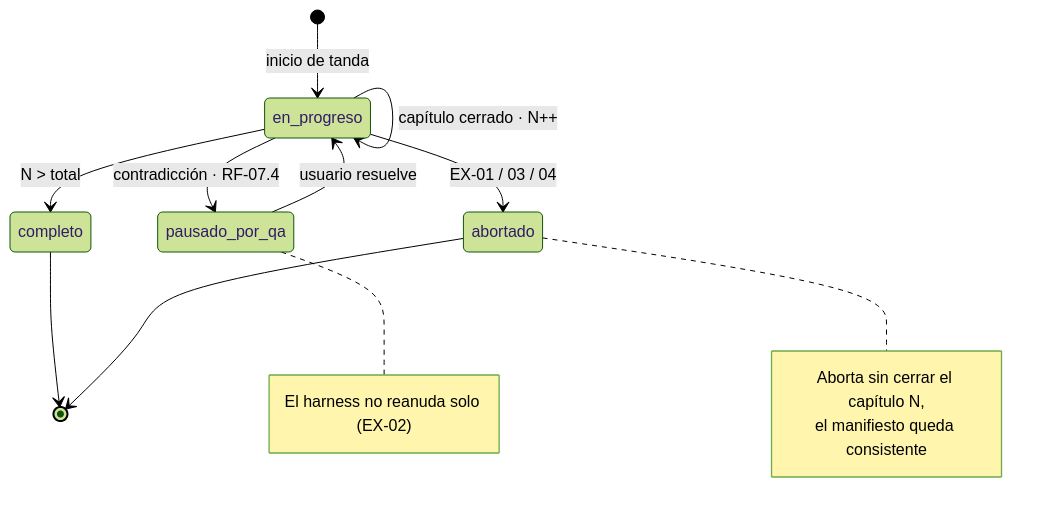
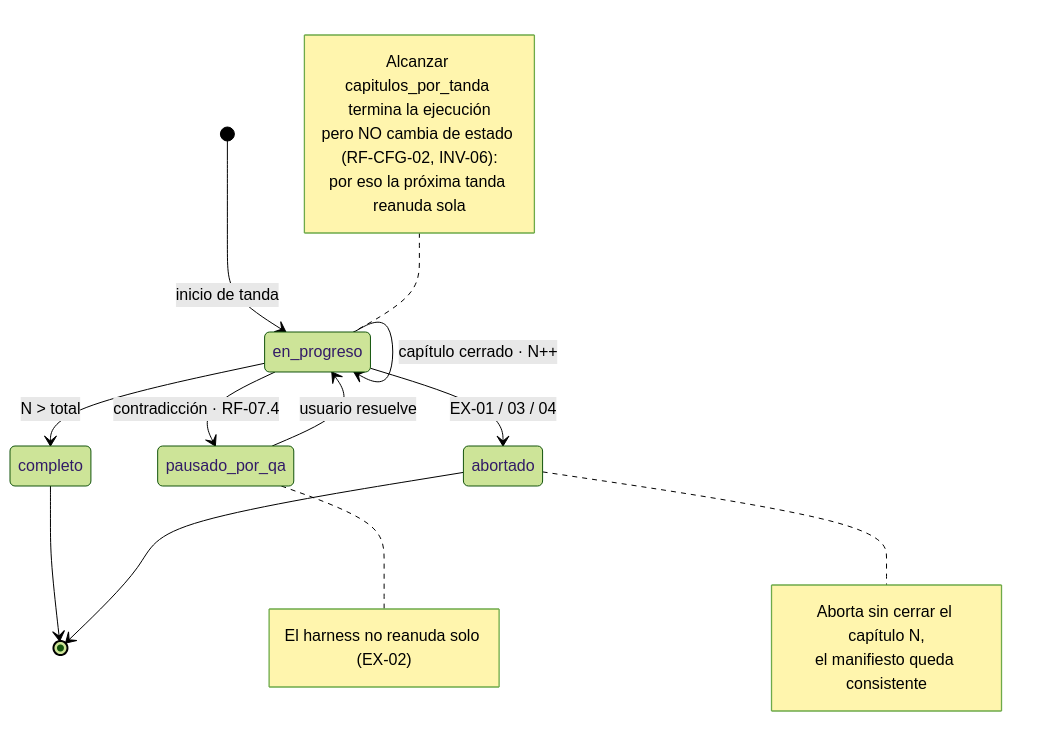
One commit to HaroldSebastianqaracter/novelas-de-horror-espacial changed the fifth of 5 diagrams in diagrama-flujo.md. Above: the diagram before and after it, drawn with Mermaid (forest theme). The commit also changed other lines of this file and 5 other files, not shown here.

````diff
--- a/diagrama-flujo.md
+++ b/diagrama-flujo.md
@@ -231,21 +234,27 @@
 ```mermaid
 stateDiagram-v2
     direction TB
     [*] --> en_progreso: inicio de tanda
     en_progreso --> en_progreso: capítulo cerrado · N++
     en_progreso --> pausado_por_qa: contradicción · RF-07.4
     pausado_por_qa --> en_progreso: usuario resuelve
     en_progreso --> completo: N > total
     en_progreso --> abortado: EX-01 / 03 / 04
     completo --> [*]
     abortado --> [*]
 
+    note left of en_progreso
+        Alcanzar capitulos_por_tanda termina la ejecución
+        pero NO cambia de estado (RF-CFG-02, INV-06):
+        por eso la próxima tanda reanuda sola
+    end note
+
     note right of pausado_por_qa
         El harness no reanuda solo (EX-02)
     end note
 
     note right of abortado
         Aborta sin cerrar el capítulo N,
         el manifiesto queda consistente
     end note
 ```
````
